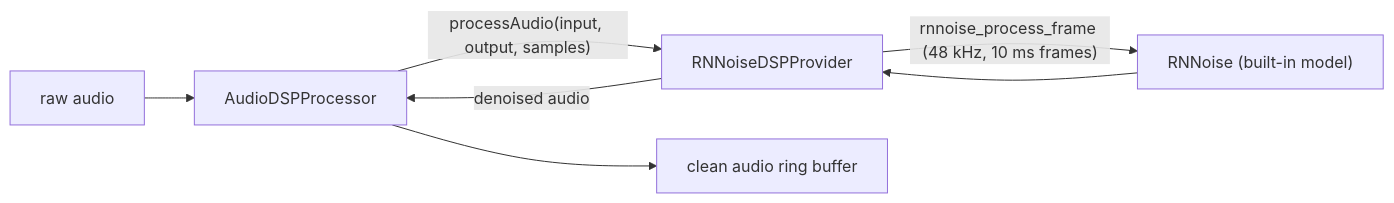
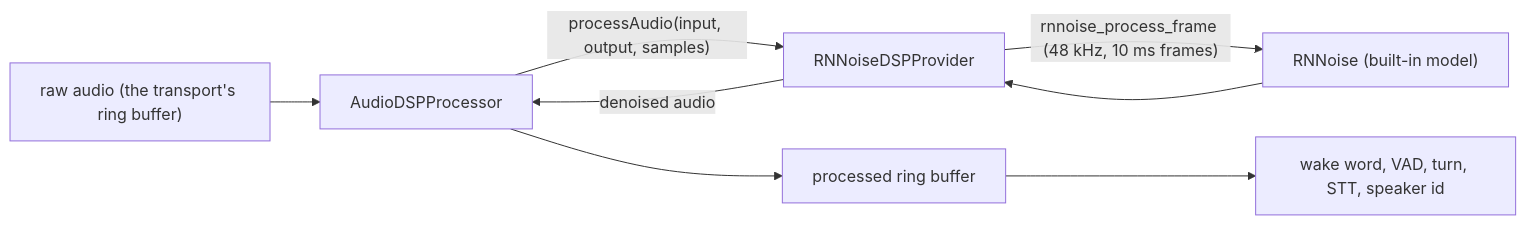
Before and after one commit to fatehmtd/VASDK: the diagram in docs/providers/rnnoise.md, drawn with Mermaid. The commit also changed other lines of this file and 33 other files, not shown here.

First line of the commit message:
feat(engine): speaker identification and audio DSP in every session

````diff
--- a/docs/providers/rnnoise.md
+++ b/docs/providers/rnnoise.md
@@ -47,9 +55,10 @@
 ```mermaid
 flowchart LR
-    In["raw audio"] --> Processor["AudioDSPProcessor"]
+    In["raw audio (the transport's ring buffer)"] --> Processor["AudioDSPProcessor"]
     Processor -->|"processAudio(input, output, samples)"| Provider["RNNoiseDSPProvider"]
     Provider -->|"rnnoise_process_frame (48 kHz, 10 ms frames)"| Engine["RNNoise (built-in model)"]
     Engine --> Provider
     Provider -->|"denoised audio"| Processor
-    Processor --> Out["clean audio ring buffer"]
+    Processor --> Out["processed ring buffer"]
+    Out --> Stages["wake word, VAD, turn, STT, speaker id"]
 ```
````
